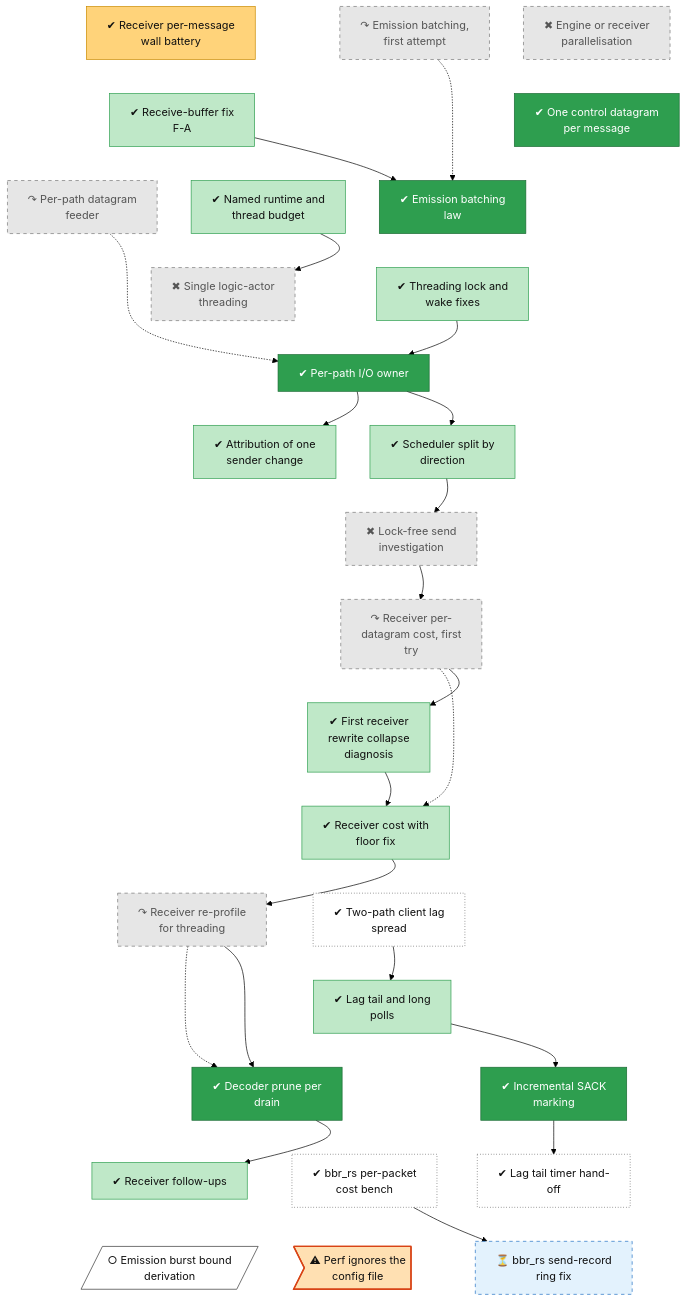
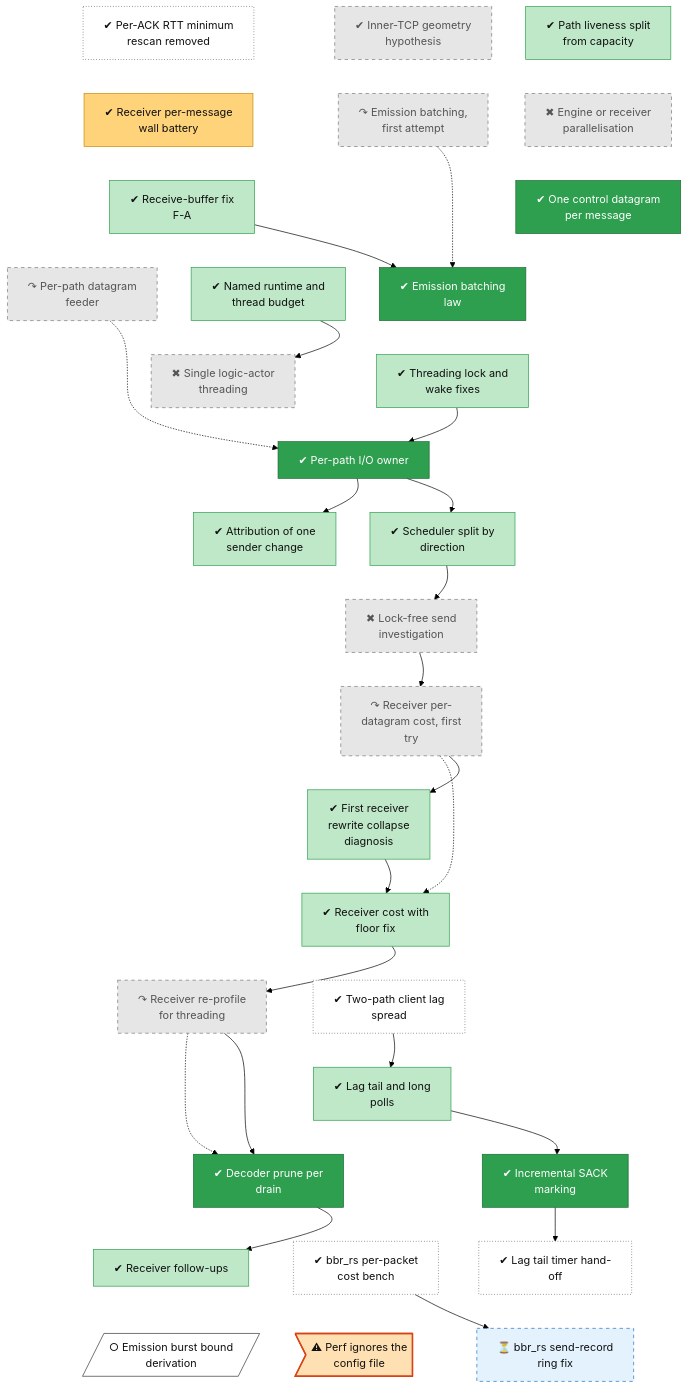
Before and after one commit to lhns/raptorpath: the diagram in docs/roadmap/tracks/perf.md, drawn with Mermaid (forest theme). The commit also changed other lines of this file and 11 other files, not shown here.

First line of the commit message:
roadmap: backfill pre-November history from the gap scan

````diff
--- a/docs/roadmap/tracks/perf.md
+++ b/docs/roadmap/tracks/perf.md
@@ -10,5 +10,8 @@
 ```mermaid
 flowchart TB
+    perf_liveness_split["✔ Path liveness split<br/>from capacity"]
+    perf_native_geometry["✔ Inner-TCP geometry<br/>hypothesis"]
+    perf_rtt_rescan["✔ Per-ACK RTT minimum<br/>rescan removed"]
     perf_parallelisation["✖ Engine or receiver<br/>parallelisation"]
     perf_emit_batch_v1["↷ Emission batching,<br/>first attempt"]
     perf_recv_msg_wall["✔ Receiver per-message<br/>wall battery"]
@@ -37,6 +40,9 @@
     perf_bbrrs_ring_fix["⏳ bbr_rs send-record<br/>ring fix"]
     perf_fix_burst_bound[/"○ Emission burst bound<br/>derivation"/]
     perf_config_dropped>"⚠ Perf ignores the<br/>config file"]
+    perf_liveness_split ~~~ perf_parallelisation
+    perf_native_geometry ~~~ perf_emit_batch_v1
+    perf_rtt_rescan ~~~ perf_recv_msg_wall
     perf_parallelisation ~~~ perf_ack_merge
     perf_emit_batch_v1 ~~~ perf_rcvbuf
     perf_recv_msg_wall ~~~ perf_rcvbuf
@@ -100,11 +106,11 @@
     classDef userdec fill:#d9c2f0,stroke:#7b3fb5,color:#111
     classDef defect fill:#ffe0b2,stroke:#d84315,stroke-width:2px,color:#111
     classDef waiting fill:#e3f2fd,stroke:#1f6fc5,stroke-dasharray:5 5,color:#111
-    class perf_parallelisation,perf_emit_batch_v1,perf_quic_feeder,perf_threading_p2a,perf_q3_investigation,perf_receiver_r1,perf_threading_r3 dead
+    class perf_liveness_split,perf_rcvbuf,perf_threading_p0,perf_threading_p1,perf_d9_attribution,perf_sched_split,perf_s20_r1_collapse,perf_receiver_r2,perf_s26_long_polls,perf_receiver_followups succ
+    class perf_native_geometry,perf_parallelisation,perf_emit_batch_v1,perf_quic_feeder,perf_threading_p2a,perf_q3_investigation,perf_receiver_r1,perf_threading_r3 dead
+    class perf_rtt_rescan,perf_c8_lag,perf_s33_timer,perf_bbrrs_ns_cost unrated
     class perf_recv_msg_wall mixed
     class perf_ack_merge,perf_emit_batch_law0,perf_io_owner,perf_incremental_sack,perf_decoder_prune vsucc
-    class perf_rcvbuf,perf_threading_p0,perf_threading_p1,perf_d9_attribution,perf_sched_split,perf_s20_r1_collapse,perf_receiver_r2,perf_s26_long_polls,perf_receiver_followups succ
-    class perf_c8_lag,perf_s33_timer,perf_bbrrs_ns_cost unrated
     class perf_bbrrs_ring_fix waiting
     class perf_fix_burst_bound next
     class perf_config_dropped defect
````
